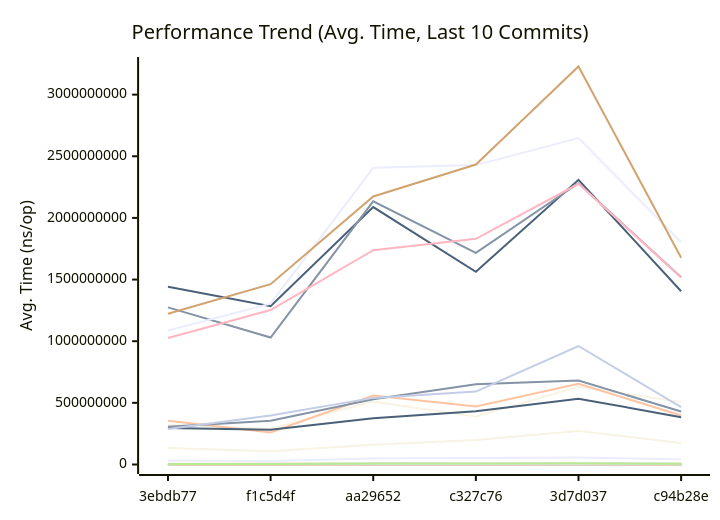
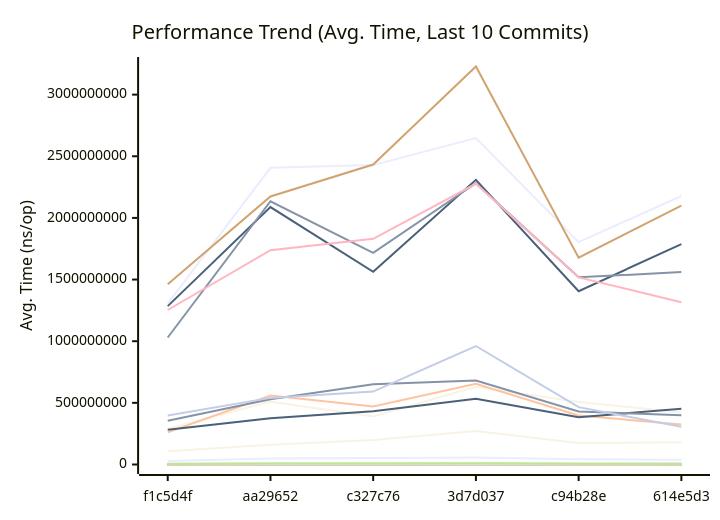
Before and after one commit to alsotoes/momo: the first of 3 diagrams in docs/PERFORMANCE.md, drawn with Mermaid. The commit also changed other lines of this file and 1 other file, not shown here.

````diff
--- a/docs/PERFORMANCE.md
+++ b/docs/PERFORMANCE.md
@@ -260,44 +260,44 @@
 ```mermaid
 xychart-beta
     title "Performance Trend (Avg. Time, Last 10 Commits)"
     x-axis "Commit"
     y-axis "Avg. Time (ns/op)"
-    x-axis [3ebdb77,f1c5d4f,aa29652,c327c76,3d7d037,c94b28e]
-    line "AWSChunkedReaderSigned" [620161,606537,1043223,973548,1455699,680259,833482,953309,627888,785988]
-    line "AWSChunkedReaderUnsigned" [631352,615450,1351997,1054695,1128789,889133,730853,858757,790951,977586]
-    line "CheckMetricsAndSwap" [11,9,18,19,38,17,10,13,15,17]
-    line "CrushOptimized" [381,489,593,643,1042,685,798,468,532,465]
-    line "CrushOriginal" [599,581,856,1307,2029,855,1268,698,834,795]
-    line "FormatListObjectsV2XML_AppendFormat" [922011,962696,2255056,1630321,4600271,1782191,1061116,1008647,1406590,1275364]
-    line "FormatListObjectsV2XML_OldFormat" [518253,488621,1103444,888288,1357791,907084,473930,533866,813796,870950]
-    line "HashBytes/1MiB" [3747347,5123782,7575501,6664907,7640824,5383828,7555000,5598473,4921734,5879995]
-    line "HashBytes/256MiB" [1441434671,1284521850,2087994619,1563281181,2308810918,1405443275,1788061102,1074265335,1131266592,1293022873]
-    line "HashBytes/64MiB" [321801782,289844742,509860327,389285110,629622654,507641214,422715939,338237103,382860244,372987075]
-    line "HashFile/1MiB" [6901410,4299477,8227082,7078150,8690518,5618671,6533318,4172609,6261739,5169082]
-    line "HashFile/256MiB" [1274613971,1030231274,2135226775,1716532942,2281655194,1518211227,1560936348,1431277931,1624300639,1432425639]
-    line "HashFile/64MiB" [354037155,260223898,558613671,471436906,655531538,397822488,323633746,347435470,383484634,407202955]
-    line "IndexDirectTracking" [1,0,1,1,1,1,1,1,1,1]
-    line "IndexSearch" [4,4,5,4,5,5,4,4,4,5]
-    line "LastModifiedHeader_AppendFormat" [312,319,610,638,744,453,385,315,376,542]
-    line "LastModifiedHeader_Format" [394,406,812,695,1046,635,526,444,488,574]
-    line "LoadGlobalConfig" [12164,12907,20187,22438,33068,21404,21459,15616,14400,18548]
-    line "LocalWrite/1MiB" [584326,612314,1771010,1395534,1103659,782921,673496,973167,928144,1116026]
-    line "LocalWrite/256MiB" [133440934,107404943,160392504,197917420,272351029,175219427,179514948,167743774,160436947,185677716]
-    line "LocalWrite/64MiB" [33399170,28308935,49166059,52341255,56218123,42014368,37648886,40720206,46095057,61144515]
-    line "PadString" [80,61,211,165,205,86,67,85,80,88]
+    x-axis [f1c5d4f,aa29652,c327c76,3d7d037,c94b28e,614e5d3]
+    line "AWSChunkedReaderSigned" [606537,1043223,973548,1455699,680259,833482,953309,627888,785988,1067684]
+    line "AWSChunkedReaderUnsigned" [615450,1351997,1054695,1128789,889133,730853,858757,790951,977586,1009938]
+    line "CheckMetricsAndSwap" [9,18,19,38,17,10,13,15,17,19]
+    line "CrushOptimized" [489,593,643,1042,685,798,468,532,465,1105]
+    line "CrushOriginal" [581,856,1307,2029,855,1268,698,834,795,4070]
+    line "FormatListObjectsV2XML_AppendFormat" [962696,2255056,1630321,4600271,1782191,1061116,1008647,1406590,1275364,2945065]
+    line "FormatListObjectsV2XML_OldFormat" [488621,1103444,888288,1357791,907084,473930,533866,813796,870950,1231705]
+    line "HashBytes/1MiB" [5123782,7575501,6664907,7640824,5383828,7555000,5598473,4921734,5879995,7762528]
+    line "HashBytes/256MiB" [1284521850,2087994619,1563281181,2308810918,1405443275,1788061102,1074265335,1131266592,1293022873,1911922639]
+    line "HashBytes/64MiB" [289844742,509860327,389285110,629622654,507641214,422715939,338237103,382860244,372987075,500199690]
+    line "HashFile/1MiB" [4299477,8227082,7078150,8690518,5618671,6533318,4172609,6261739,5169082,7925836]
+    line "HashFile/256MiB" [1030231274,2135226775,1716532942,2281655194,1518211227,1560936348,1431277931,1624300639,1432425639,2277372507]
+    line "HashFile/64MiB" [260223898,558613671,471436906,655531538,397822488,323633746,347435470,383484634,407202955,631755332]
+    line "IndexDirectTracking" [0,1,1,1,1,1,1,1,1,1]
+    line "IndexSearch" [4,5,4,5,5,4,4,4,5,5]
+    line "LastModifiedHeader_AppendFormat" [319,610,638,744,453,385,315,376,542,692]
+    line "LastModifiedHeader_Format" [406,812,695,1046,635,526,444,488,574,945]
+    line "LoadGlobalConfig" [12907,20187,22438,33068,21404,21459,15616,14400,18548,33096]
+    line "LocalWrite/1MiB" [612314,1771010,1395534,1103659,782921,673496,973167,928144,1116026,1101952]
+    line "LocalWrite/256MiB" [107404943,160392504,197917420,272351029,175219427,179514948,167743774,160436947,185677716,237694458]
+    line "LocalWrite/64MiB" [28308935,49166059,52341255,56218123,42014368,37648886,40720206,46095057,61144515,51244002]
+    line "PadString" [61,211,165,205,86,67,85,80,88,254]
     line "ParseReplicationOrder_NoPrealloc" [350,349,357,354,345,225,229,165,232,234]
     line "ParseReplicationOrder_Prealloc" [229,231,237,234,229,108,107,80,110,109]
-    line "Placement" [6313,6933,8102,10527,25580,11321,10377,7200,8789,8100]
-    line "PlacementDomainSpread" [6619,8426,8684,11049,18437,11792,9468,8229,9655,8934]
-    line "ReadVerify/1MiB" [4807436,3448579,5630820,6689386,12183182,5670392,7713170,4757418,5869903,8481402]
-    line "ReadVerify/256MiB" [1025626350,1253185341,1738129398,1830120119,2276631953,1517577657,1316685724,1223335569,2116170500,1781612989]
-    line "ReadVerify/64MiB" [296627981,281005831,374198113,432795151,533889680,383828668,451931212,213251291,512922822,518387680]
-    line "S3PutSpool/1MiB" [4156487,6430516,9117398,9491833,12330195,7822144,8408058,8591213,6157166,6498512]
-    line "S3PutSpool/256MiB" [1086529024,1304364707,2406472426,2428268969,2647654672,1803968295,2177507350,1816522977,1227464198,1869122530]
-    line "S3PutSpool/64MiB" [306669378,354128133,528507413,651666227,681227498,429216770,399626051,367182715,399702230,433842837]
-    line "SanitizeLog/Safe" [390,316,623,639,645,428,331,547,453,464]
-    line "SanitizeLog/Unsafe" [1036,1076,2180,2105,3077,1405,1260,1471,1234,1310]
-    line "TrustedRead/1MiB" [3751975,4741810,8367879,7463250,9671314,5650216,4830214,4254033,7751297,7357692]
-    line "TrustedRead/256MiB" [1223117446,1462605918,2173767229,2433008029,3228071339,1677679418,2100324369,1186508654,1267006234,1480761171]
-    line "TrustedRead/64MiB" [287609190,397868130,540269082,591536062,961059323,465018339,305338723,298647819,415837736,464687610]
+    line "Placement" [6933,8102,10527,25580,11321,10377,7200,8789,8100,27755]
+    line "PlacementDomainSpread" [8426,8684,11049,18437,11792,9468,8229,9655,8934,18491]
+    line "ReadVerify/1MiB" [3448579,5630820,6689386,12183182,5670392,7713170,4757418,5869903,8481402,7559053]
+    line "ReadVerify/256MiB" [1253185341,1738129398,1830120119,2276631953,1517577657,1316685724,1223335569,2116170500,1781612989,2200381287]
+    line "ReadVerify/64MiB" [281005831,374198113,432795151,533889680,383828668,451931212,213251291,512922822,518387680,545034562]
+    line "S3PutSpool/1MiB" [6430516,9117398,9491833,12330195,7822144,8408058,8591213,6157166,6498512,9327955]
+    line "S3PutSpool/256MiB" [1304364707,2406472426,2428268969,2647654672,1803968295,2177507350,1816522977,1227464198,1869122530,2351294741]
+    line "S3PutSpool/64MiB" [354128133,528507413,651666227,681227498,429216770,399626051,367182715,399702230,433842837,576056595]
+    line "SanitizeLog/Safe" [316,623,639,645,428,331,547,453,464,721]
+    line "SanitizeLog/Unsafe" [1076,2180,2105,3077,1405,1260,1471,1234,1310,2660]
+    line "TrustedRead/1MiB" [4741810,8367879,7463250,9671314,5650216,4830214,4254033,7751297,7357692,9625274]
+    line "TrustedRead/256MiB" [1462605918,2173767229,2433008029,3228071339,1677679418,2100324369,1186508654,1267006234,1480761171,2120164443]
+    line "TrustedRead/64MiB" [397868130,540269082,591536062,961059323,465018339,305338723,298647819,415837736,464687610,569925858]
 ```
````
